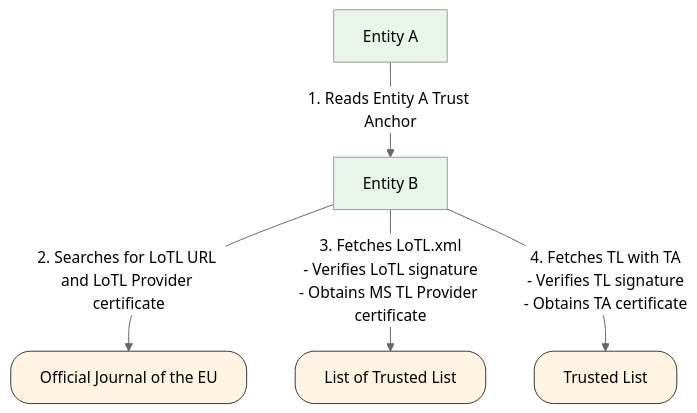
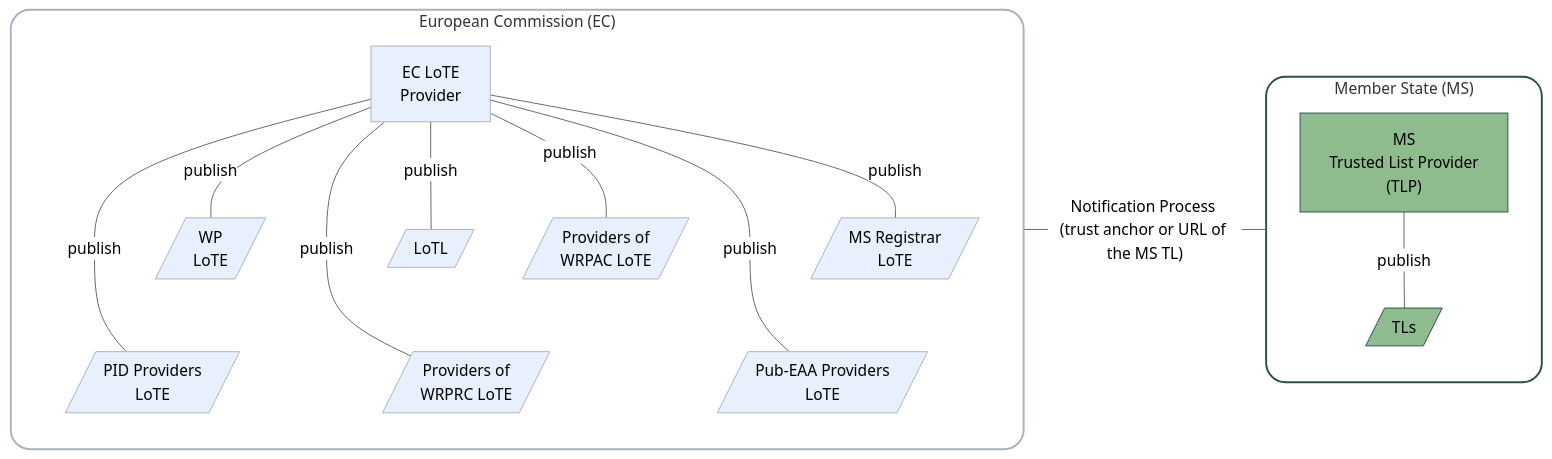
One commit to APTITUDE-Consortium/wp2-trust-specifications changed the third of 4 diagrams in topics/trust-architecture.md. Above: the diagram before and after it, drawn with Mermaid (neutral theme). The commit also changed other lines of this file and 1 other file, not shown here.

````diff
--- a/topics/trust-architecture.md
+++ b/topics/trust-architecture.md
@@ -175,20 +102,43 @@
-```mermaid
-graph TB
-    A["Entity A"]
-    B["Entity B"]
-    LoTL["List of Trusted List"]
-    OJEU["Official Journal of the EU"]
-    TL["Trusted List"]
+    ```mermaid
+    graph LR
 
-    style TL fill:#fff4e1,stroke:#333,stroke-width:1px,rx:20,ry:20
-    style OJEU fill:#fff4e1,stroke:#333,stroke-width:1px,rx:20,ry:20
-    style LoTL fill:#fff4e1,stroke:#333,stroke-width:1px,rx:20,ry:20
-    style A fill:#e8f5e9
-    style B fill:#e8f5e9
-    
-    %% Trust Evaluation Flow
-    A -->|1. Reads Entity A Trust Anchor| B
-    B -->|2. Searches for LoTL URL and LoTL Provider certificate| OJEU
-    B -->|3. Fetches LoTL.xml<br>- Verifies LoTL signature</br>- Obtains MS TL Provider certificate| LoTL
-    B -->|4. Fetches TL with TA</br>- Verifies TL signature<br>- Obtains TA certificate| TL
-```
+    subgraph MS["Member State (MS)"]
+        MSTLP["MS  <br/>Trusted List Provider  <br/>(TLP)"]
+        TLs[/TLs/]
+        MSTLP ---|"publish"| TLs
+    end
+
+    subgraph EC["European Commission (EC)"]
+        ECLoTE[EC LoTE <br/>Provider]
+        LoTE1[/WP <br/>LoTE/]
+        LoTE2[/PID Providers <br/>LoTE/]
+        LoTE3[/Providers of <br/>WRPAC LoTE/]
+        LoTE4[/Providers of <br/>WRPRC LoTE/]
+        LoTE5[/MS Registrar <br/>LoTE/]
+        LoTE6[/Pub-EAA Providers <br/>LoTE/]
+        LoTL[/LoTL/]
+        ECLoTE ---|"publish"| LoTE1
+        ECLoTE ---|"publish"| LoTE2
+        ECLoTE ---|"publish"| LoTE3
+        ECLoTE ---|"publish"| LoTE4
+        ECLoTE ---|"publish"| LoTE5
+        ECLoTE ---|"publish"| LoTE6
+        ECLoTE ---|"publish"| LoTL
+    end
+
+    LoTE1 ~~~ LoTE2
+    LoTE3 ~~~ LoTE4
+    LoTE5 ~~~ LoTE6
+
+    %% Style
+    style EC fill:#ffff,stroke:#abb2bf,stroke-width:2px,rx:20,ry:20
+    style MS fill:#ffff,stroke:#2f4f4f,stroke-width:2px,rx:20,ry:20
+    classDef blue fill:#e8f0fe,stroke:#abb2bf
+    classDef green fill:#8fbc8f,stroke:#2f4f4f
+
+    class ECLoTE,ECNS,LoTE1,LoTE2,LoTE3,LoTE4,LoTE5,LoTE6,LoTL blue;
+    class MSTLP,TLs green;
+
+    %% Arrows
+    EC ---|"Notification Process <br/>(trust anchor or URL of the MS TL)"| MS
+    ```
````
